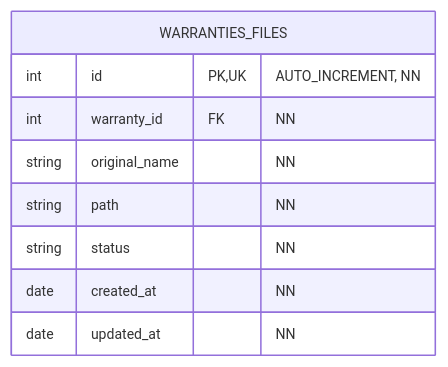
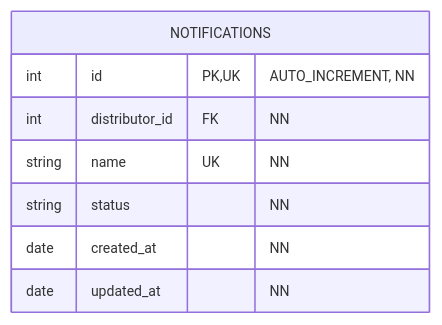
One commit to Juandiego001/lab-dental changed diagram 43 of 45 in docs/db/db.md. Above: the diagram before and after it, drawn with Mermaid. The commit also changed other lines of this file and 71 other files, not shown here.

````diff
--- a/docs/db/db.md
+++ b/docs/db/db.md
@@ -779,13 +812,12 @@
 ```mermaid
 %%{init: {'theme': 'default', 'themeVariables': { 'fontSize': '12px', 'entityPadding': '5' }}}%%
 erDiagram
-    WARRANTIES_FILES {
+    NOTIFICATIONS {
         int id PK, UK "AUTO_INCREMENT, NN"
-        int warranty_id FK "NN"
-        string original_name "NN"
-        string path "NN"
+        int distributor_id FK "NN"
+        string name UK "NN"
         string status "NN"
         date created_at "NN"
         date updated_at "NN"
     }
 ```
````
